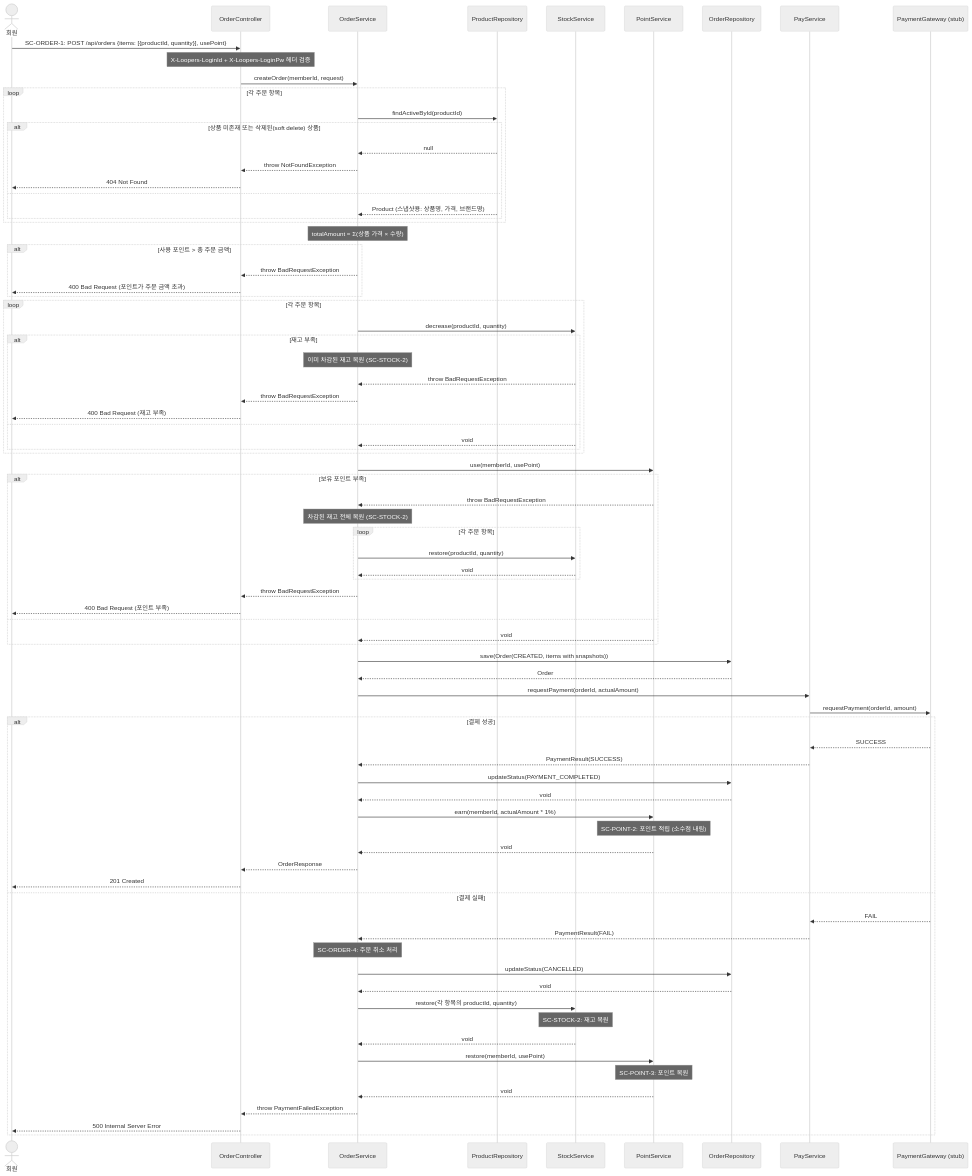
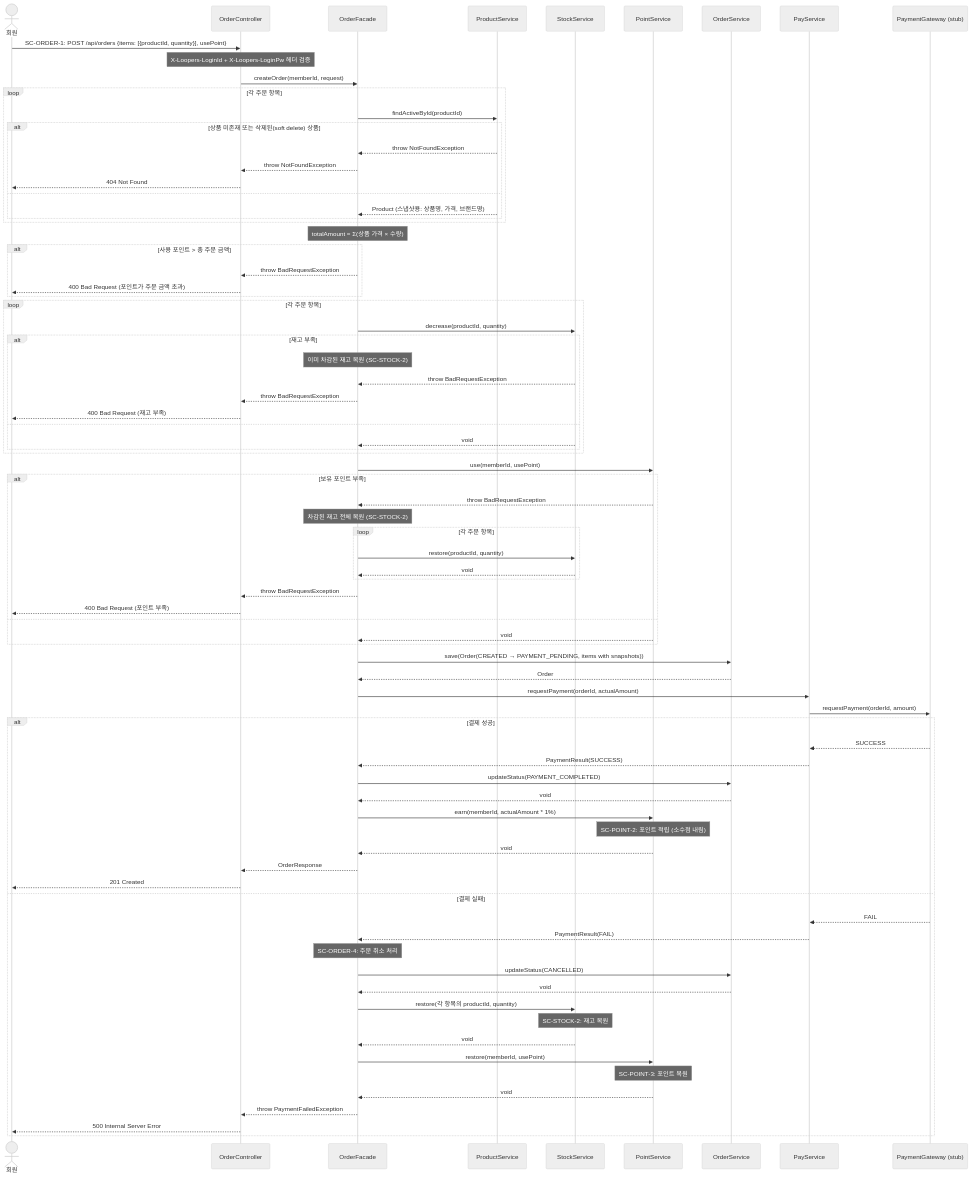
One commit to loopers-labs/loop-pack-be-l2-vol4-kotlin changed diagram 32 of 41 in docs/02-sequence-diagrams.md. Above: the diagram before and after it, drawn with Mermaid (neutral theme). The commit also changed other lines of this file and 2 other files, not shown here.

Commit message:
:memo: 3차 클래스 다이어그램 일단 완료

````diff
--- a/docs/02-sequence-diagrams.md
+++ b/docs/02-sequence-diagrams.md
@@ -934,97 +942,97 @@
 sequenceDiagram
     actor Member as 회원
     participant Controller as OrderController
-    participant OrderService as OrderService
-    participant ProductRepo as ProductRepository
+    participant Facade as OrderFacade
+    participant ProductService as ProductService
     participant StockService as StockService
     participant PointService as PointService
-    participant OrderRepo as OrderRepository
+    participant OrderService as OrderService
     participant PayService as PayService
     participant Gateway as PaymentGateway (stub)
 
     Member->>Controller: SC-ORDER-1: POST /api/orders {items: [{productId, quantity}], usePoint}
     Note over Controller: X-Loopers-LoginId + X-Loopers-LoginPw 헤더 검증
 
-    Controller->>OrderService: createOrder(memberId, request)
+    Controller->>Facade: createOrder(memberId, request)
 
     %% 1. 상품 존재 확인 및 정보 조회
     loop 각 주문 항목
-        OrderService->>ProductRepo: findActiveById(productId)
+        Facade->>ProductService: findActiveById(productId)
         alt 상품 미존재 또는 삭제된(soft delete) 상품
-            ProductRepo-->>OrderService: null
-            OrderService-->>Controller: throw NotFoundException
+            ProductService-->>Facade: throw NotFoundException
+            Facade-->>Controller: throw NotFoundException
             Controller-->>Member: 404 Not Found
         else
-            ProductRepo-->>OrderService: Product (스냅샷용: 상품명, 가격, 브랜드명)
+            ProductService-->>Facade: Product (스냅샷용: 상품명, 가격, 브랜드명)
         end
     end
 
     %% 1.5. 주문 금액 검증
-    Note over OrderService: totalAmount = Σ(상품 가격 × 수량)
+    Note over Facade: totalAmount = Σ(상품 가격 × 수량)
     alt 사용 포인트 > 총 주문 금액
-        OrderService-->>Controller: throw BadRequestException
+        Facade-->>Controller: throw BadRequestException
         Controller-->>Member: 400 Bad Request (포인트가 주문 금액 초과)
     end
 
     %% 2. 재고 차감
     loop 각 주문 항목
-        OrderService->>StockService: decrease(productId, quantity)
+        Facade->>StockService: decrease(productId, quantity)
         alt 재고 부족
-            Note over OrderService: 이미 차감된 재고 복원 (SC-STOCK-2)
-            StockService-->>OrderService: throw BadRequestException
-            OrderService-->>Controller: throw BadRequestException
+            Note over Facade: 이미 차감된 재고 복원 (SC-STOCK-2)
+            StockService-->>Facade: throw BadRequestException
+            Facade-->>Controller: throw BadRequestException
             Controller-->>Member: 400 Bad Request (재고 부족)
         else
-            StockService-->>OrderService: void
+            StockService-->>Facade: void
         end
     end
 
     %% 3. 포인트 차감
-    OrderService->>PointService: use(memberId, usePoint)
+    Facade->>PointService: use(memberId, usePoint)
     alt 보유 포인트 부족
-        PointService-->>OrderService: throw BadRequestException
-        Note over OrderService: 차감된 재고 전체 복원 (SC-STOCK-2)
+        PointService-->>Facade: throw BadRequestException
+        Note over Facade: 차감된 재고 전체 복원 (SC-STOCK-2)
         loop 각 주문 항목
-            OrderService->>StockService: restore(productId, quantity)
-            StockService-->>OrderService: void
+            Facade->>StockService: restore(productId, quantity)
+            StockService-->>Facade: void
         end
-        OrderService-->>Controller: throw BadRequestException
+        Facade-->>Controller: throw BadRequestException
         Controller-->>Member: 400 Bad Request (포인트 부족)
     else
-        PointService-->>OrderService: void
+        PointService-->>Facade: void
     end
 
     %% 4. 주문 생성
-    OrderService->>OrderRepo: save(Order(CREATED, items with snapshots))
-    OrderRepo-->>OrderService: Order
+    Facade->>OrderService: save(Order(CREATED → PAYMENT_PENDING, items with snapshots))
+    OrderService-->>Facade: Order
 
     %% 5~6. 결제 요청
-    OrderService->>PayService: requestPayment(orderId, actualAmount)
+    Facade->>PayService: requestPayment(orderId, actualAmount)
     PayService->>Gateway: requestPayment(orderId, amount)
 
     alt 결제 성공
         Gateway-->>PayService: SUCCESS
-        PayService-->>OrderService: PaymentResult(SUCCESS)
-        OrderService->>OrderRepo: updateStatus(PAYMENT_COMPLETED)
-        OrderRepo-->>OrderService: void
-        OrderService->>PointService: earn(memberId, actualAmount * 1%)
+        PayService-->>Facade: PaymentResult(SUCCESS)
+        Facade->>OrderService: updateStatus(PAYMENT_COMPLETED)
+        OrderService-->>Facade: void
+        Facade->>PointService: earn(memberId, actualAmount * 1%)
         Note over PointService: SC-POINT-2: 포인트 적립 (소수점 내림)
-        PointService-->>OrderService: void
-        OrderService-->>Controller: OrderResponse
+        PointService-->>Facade: void
+        Facade-->>Controller: OrderResponse
         Controller-->>Member: 201 Created
     else 결제 실패
         Gateway-->>PayService: FAIL
-        PayService-->>OrderService: PaymentResult(FAIL)
-        Note over OrderService: SC-ORDER-4: 주문 취소 처리
-        OrderService->>OrderRepo: updateStatus(CANCELLED)
-        OrderRepo-->>OrderService: void
-        OrderService->>StockService: restore(각 항목의 productId, quantity)
+        PayService-->>Facade: PaymentResult(FAIL)
+        Note over Facade: SC-ORDER-4: 주문 취소 처리
+        Facade->>OrderService: updateStatus(CANCELLED)
+        OrderService-->>Facade: void
+        Facade->>StockService: restore(각 항목의 productId, quantity)
         Note over StockService: SC-STOCK-2: 재고 복원
-        StockService-->>OrderService: void
-        OrderService->>PointService: restore(memberId, usePoint)
+        StockService-->>Facade: void
+        Facade->>PointService: restore(memberId, usePoint)
         Note over PointService: SC-POINT-3: 포인트 복원
-        PointService-->>OrderService: void
-        OrderService-->>Controller: throw PaymentFailedException
+        PointService-->>Facade: void
+        Facade-->>Controller: throw PaymentFailedException
         Controller-->>Member: 500 Internal Server Error
     end
 ```
````
